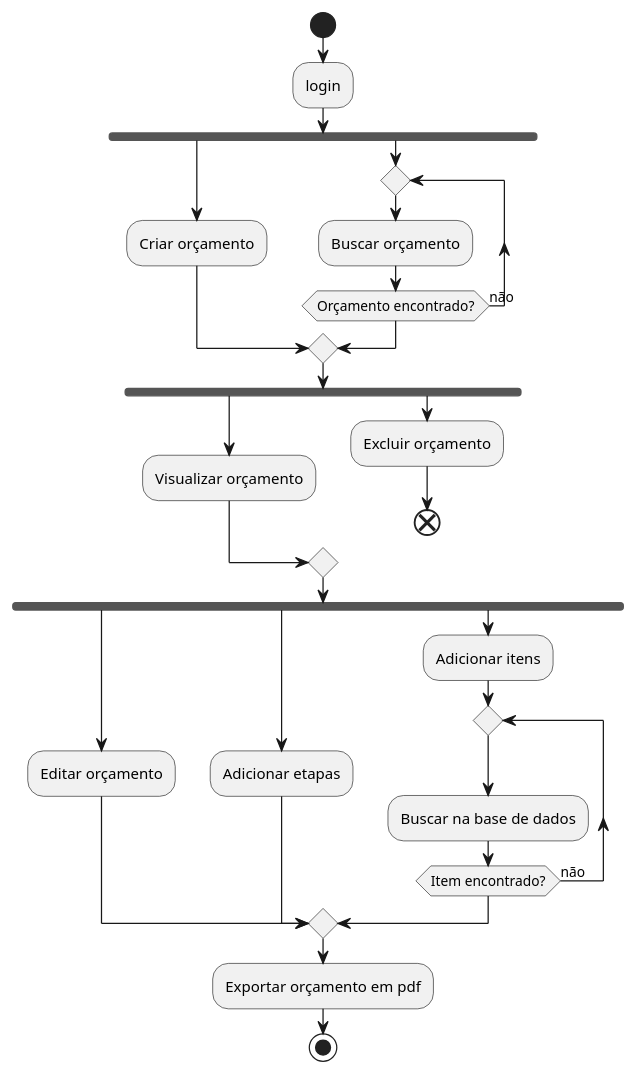
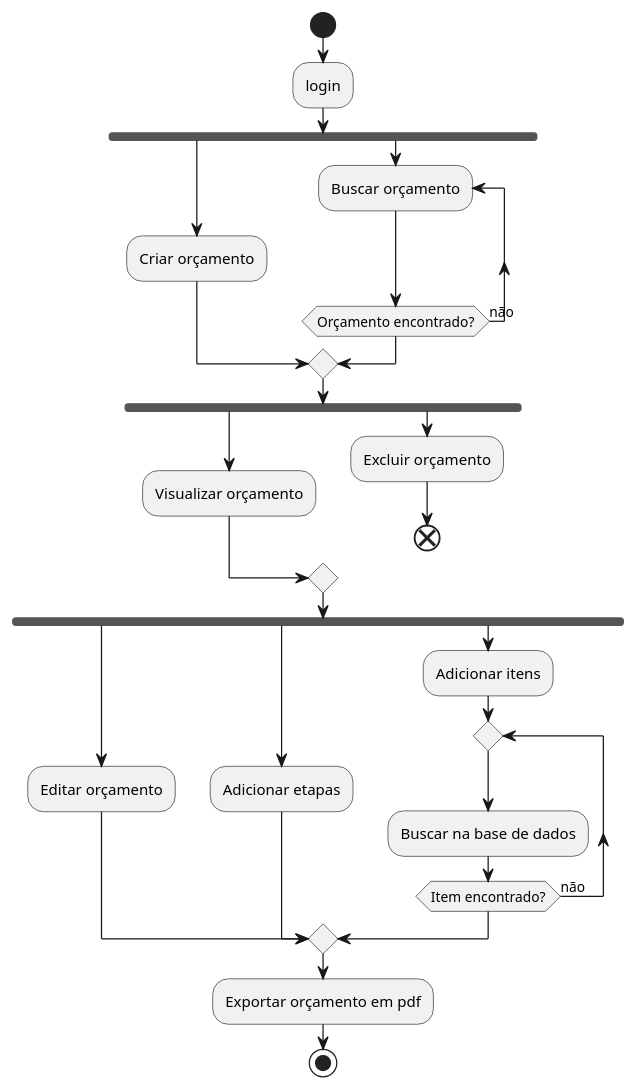
One commit to arthurrogado/tccpontocivil changed the diagram in diagramas/atividades.puml. Above: the diagram before and after it, drawn with PlantUML. The commit also changed 8 other files, not shown here.

```diff
--- a/diagramas/atividades.puml
+++ b/diagramas/atividades.puml
@@ -1,47 +1,47 @@
 @startuml
 
 start
 
 :login;
 
+
 fork
     :Criar orçamento;
+    
 fork again
 
-    repeat 
-        :Buscar orçamento;
+    repeat :Buscar orçamento;
     repeat while (Orçamento encontrado?) is (não)
     ->(sim);
-
 end merge
 
 
 fork
     :Visualizar orçamento;
 fork again
     :Excluir orçamento;
     end
 end merge
 
 
 fork
     :Editar orçamento;
 fork again
     :Adicionar etapas;
 
 fork again
     :Adicionar itens;
 
     repeat
         :Buscar na base de dados;
     repeat while (Item encontrado?) is (não)
     ->sim;
 
 end merge
 
 
 :Exportar orçamento em pdf;
 
 stop
 
 @enduml
```
